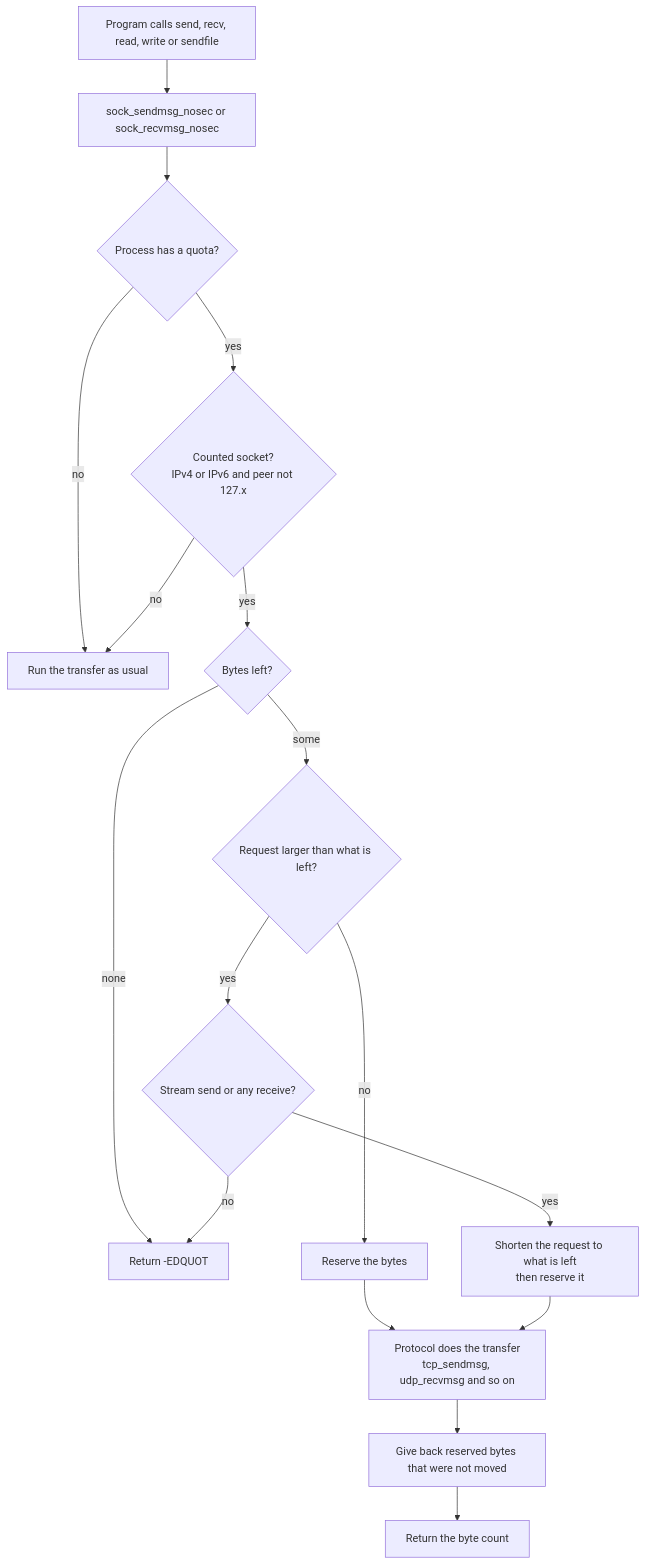
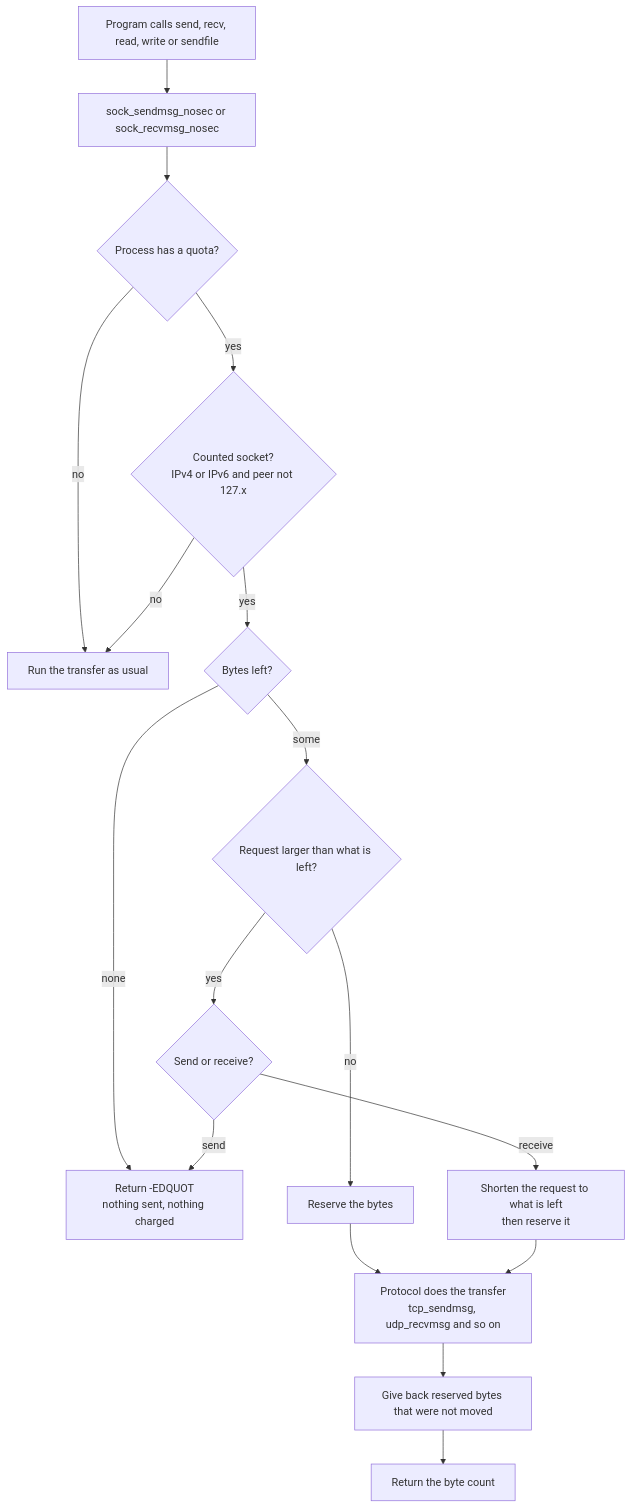
Before and after one commit to Dhruv0306/net-quota-syscall: the third of 6 diagrams in docs/how-it-works.md, drawn with Mermaid. The commit also changed other lines of this file and 7 other files, not shown here.

````diff
--- a/docs/how-it-works.md
+++ b/docs/how-it-works.md
@@ -108,19 +108,19 @@
 ```mermaid
 flowchart TD
   A["Program calls send, recv, read, write or sendfile"] --> B["sock_sendmsg_nosec or sock_recvmsg_nosec"]
   B --> C{"Process has a quota?"}
   C -- no --> Z["Run the transfer as usual"]
   C -- yes --> D{"Counted socket?<br/>IPv4 or IPv6 and peer not 127.x"}
   D -- no --> Z
   D -- yes --> F{"Bytes left?"}
-  F -- none --> X["Return -EDQUOT"]
+  F -- none --> X["Return -EDQUOT<br/>nothing sent, nothing charged"]
   F -- some --> G{"Request larger than what is left?"}
   G -- no --> H["Reserve the bytes"]
-  G -- yes --> I{"Stream send or any receive?"}
-  I -- yes --> J["Shorten the request to what is left<br/>then reserve it"]
-  I -- no --> X
+  G -- yes --> I{"Send or receive?"}
+  I -- send --> X
+  I -- receive --> J["Shorten the request to what is left<br/>then reserve it"]
   H --> K["Protocol does the transfer<br/>tcp_sendmsg, udp_recvmsg and so on"]
   J --> K
   K --> L["Give back reserved bytes that were not moved"]
   L --> M["Return the byte count"]
 ```
````
